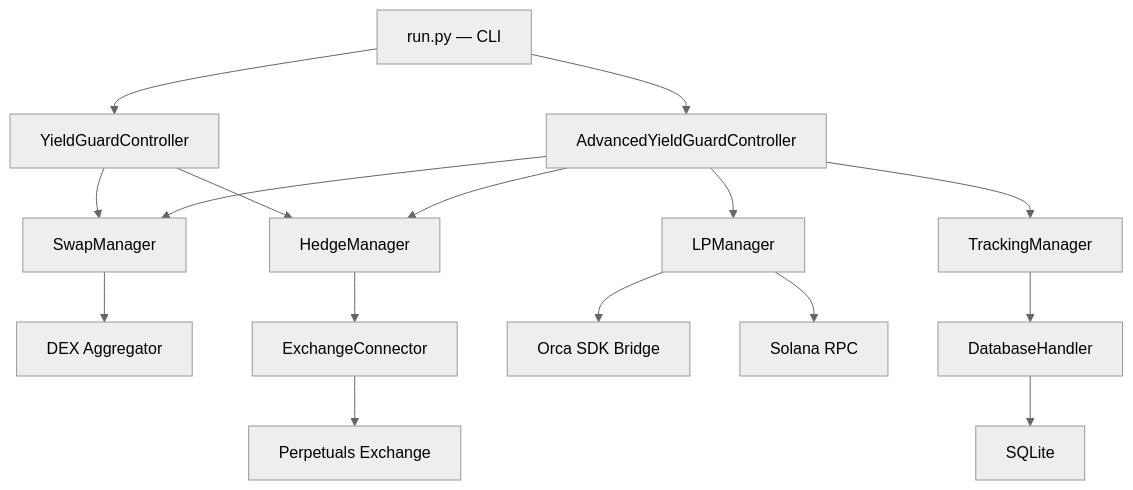
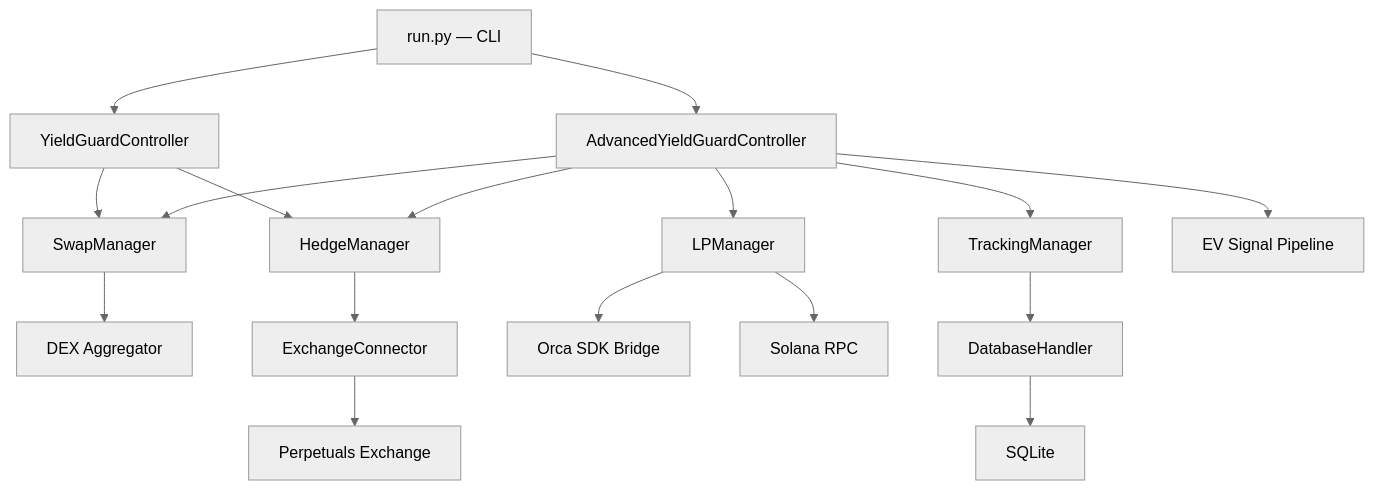
One commit to moratb/yield_guarden_showcase changed the first of 3 diagrams in README.md. Above: the diagram before and after it, drawn with Mermaid (neutral theme). The commit also changed other lines of this file and 7 other files, not shown here.

````diff
--- a/README.md
+++ b/README.md
@@ -76,21 +130,22 @@
 ```mermaid
 graph TB
     CLI["run.py — CLI"] --> Controller["YieldGuardController"]
     CLI --> AdvController["AdvancedYieldGuardController"]
 
     Controller --> SwapMgr["SwapManager"]
     Controller --> HedgeMgr["HedgeManager"]
 
     AdvController --> SwapMgr
     AdvController --> HedgeMgr
     AdvController --> LPMgr["LPManager"]
     AdvController --> TrackMgr["TrackingManager"]
+    AdvController --> Signal["EV Signal Pipeline"]
 
     SwapMgr --> DEXAgg["DEX Aggregator"]
     HedgeMgr --> Connector["ExchangeConnector"]
     Connector --> CEX["Perpetuals Exchange"]
     LPMgr --> OrcaBridge["Orca SDK Bridge"]
     LPMgr --> SolanaRPC["Solana RPC"]
     TrackMgr --> DB["DatabaseHandler"]
     DB --> SQLite["SQLite"]
 ```
````
